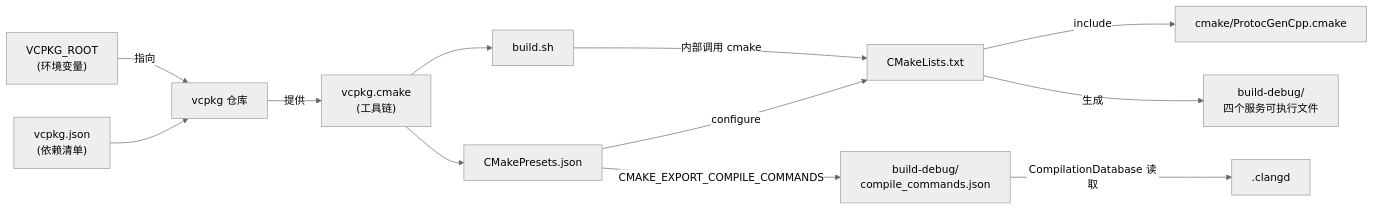
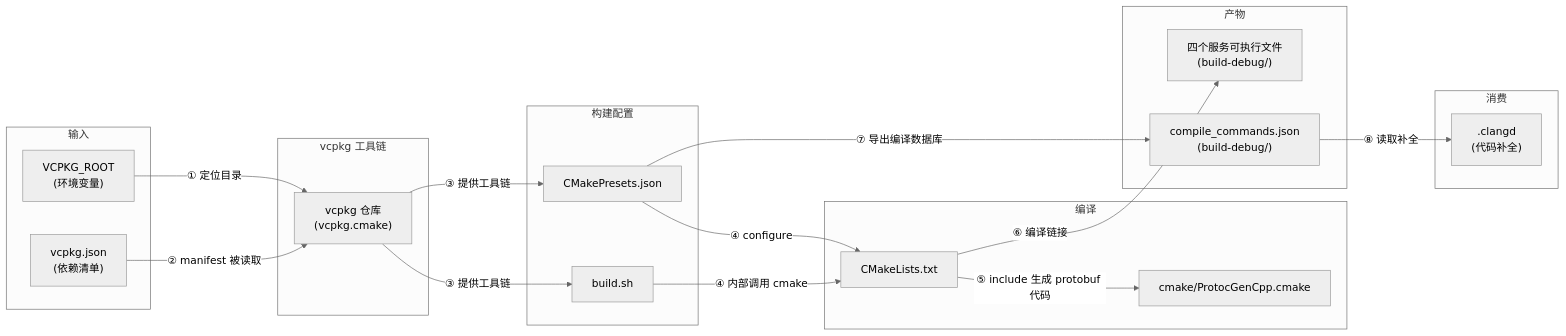
One commit to MYMarcoreus/GameServer changed the first of 2 diagrams in doc/config-files.md. Above: the diagram before and after it, drawn with Mermaid (neutral theme). The commit also changed other lines of this file, not shown here.

Commit message:
重构配置文件依赖关系图：编号标注在数据流边上并补充命令对照表

````diff
--- a/doc/config-files.md
+++ b/doc/config-files.md
@@ -29,29 +29,41 @@
 ```mermaid
 flowchart LR
-    MANIFEST["vcpkg.json<br/>(依赖清单)"]
-    REPO["vcpkg 仓库"]
-    ROOT["VCPKG_ROOT<br/>(环境变量)"]
-    TOOLCHAIN["vcpkg.cmake<br/>(工具链)"]
+    subgraph S1["输入"]
+        ROOT["VCPKG_ROOT<br/>(环境变量)"]
+        MANIFEST["vcpkg.json<br/>(依赖清单)"]
+    end
 
-    PRESET["CMakePresets.json"]
-    SCRIPT["build.sh"]
+    subgraph S2["vcpkg 工具链"]
+        REPO["vcpkg 仓库<br/>(vcpkg.cmake)"]
+    end
 
-    CMAKELISTS["CMakeLists.txt"]
-    PROTO["cmake/ProtocGenCpp.cmake"]
+    subgraph S3["构建配置"]
+        PRESET["CMakePresets.json"]
+        SCRIPT["build.sh"]
+    end
 
-    EXE["build-debug/<br/>四个服务可执行文件"]
-    DB["build-debug/<br/>compile_commands.json"]
-    CLANGD[".clangd"]
+    subgraph S4["编译"]
+        CMAKELISTS["CMakeLists.txt"]
+        PROTO["cmake/ProtocGenCpp.cmake"]
+    end
 
-    MANIFEST --> REPO
-    ROOT -->|"指向"| REPO
-    REPO -->|"提供"| TOOLCHAIN
-    TOOLCHAIN --> PRESET
-    TOOLCHAIN --> SCRIPT
-    PRESET -->|"configure"| CMAKELISTS
-    SCRIPT -->|"内部调用 cmake"| CMAKELISTS
-    CMAKELISTS -->|"include"| PROTO
-    CMAKELISTS -->|"生成"| EXE
-    PRESET -->|"CMAKE_EXPORT_COMPILE_COMMANDS"| DB
-    DB -->|"CompilationDatabase 读取"| CLANGD
+    subgraph S5["产物"]
+        EXE["四个服务可执行文件<br/>(build-debug/)"]
+        DB["compile_commands.json<br/>(build-debug/)"]
+    end
+
+    subgraph S6["消费"]
+        CLANGD[".clangd<br/>(代码补全)"]
+    end
+
+    ROOT -->|"① 定位目录"| REPO
+    MANIFEST -->|"② manifest 被读取"| REPO
+    REPO -->|"③ 提供工具链"| PRESET
+    REPO -->|"③ 提供工具链"| SCRIPT
+    PRESET -->|"④ configure"| CMAKELISTS
+    SCRIPT -->|"④ 内部调用 cmake"| CMAKELISTS
+    CMAKELISTS -->|"⑤ include 生成 protobuf 代码"| PROTO
+    CMAKELISTS -->|"⑥ 编译链接"| EXE
+    PRESET -->|"⑦ 导出编译数据库"| DB
+    DB -->|"⑧ 读取补全"| CLANGD
 ```
````
